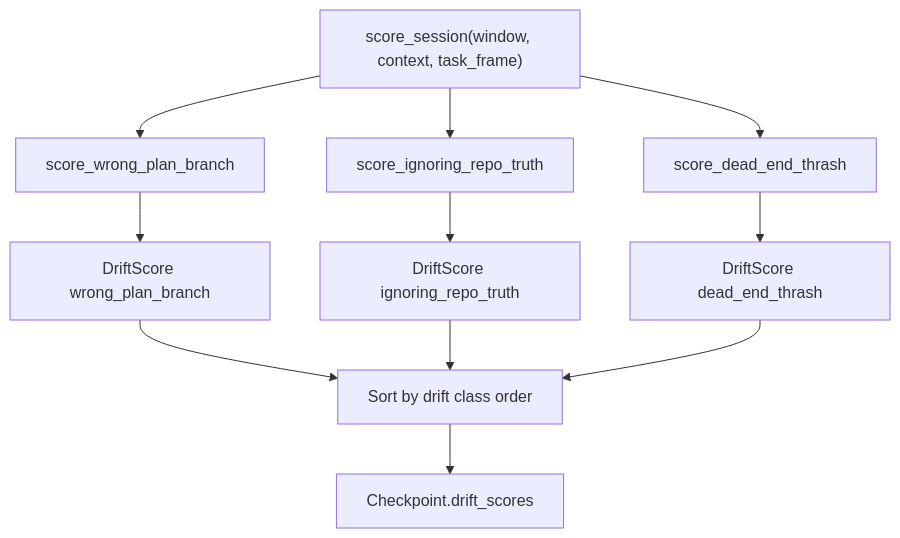
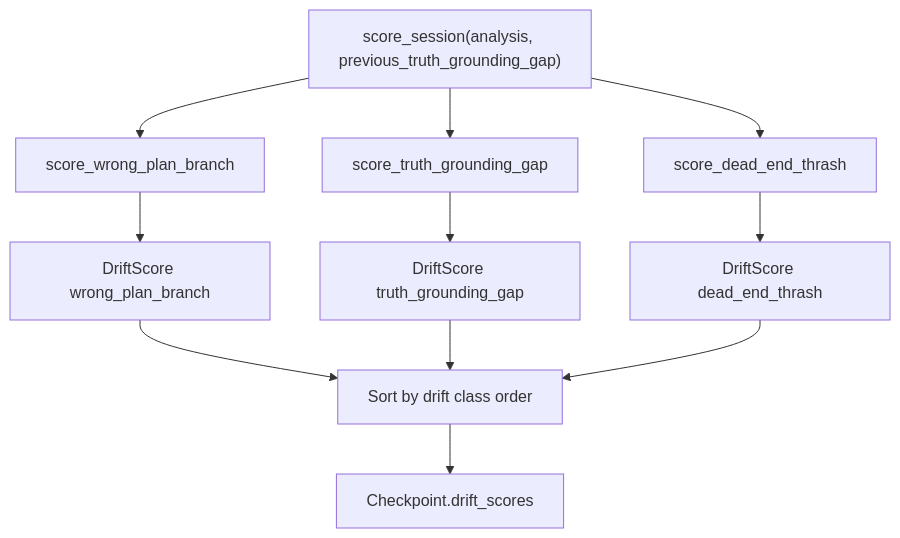
The eighth of 13 diagrams in docs/internals/agent-drift-analyzer-current-checkpoint-logic.md (atomize-hq/substrate), drawn with Mermaid before and after one commit. The commit also changed other lines of this file and 1 other file, not shown here.

````diff
--- a/docs/internals/agent-drift-analyzer-current-checkpoint-logic.md
+++ b/docs/internals/agent-drift-analyzer-current-checkpoint-logic.md
@@ -209,13 +204,13 @@
 ```mermaid
 flowchart TD
-    A["score_session(window, context, task_frame)"] --> B["score_wrong_plan_branch"]
-    A --> C["score_ignoring_repo_truth"]
+    A["score_session(analysis, previous_truth_grounding_gap)"] --> B["score_wrong_plan_branch"]
+    A --> C["score_truth_grounding_gap"]
     A --> D["score_dead_end_thrash"]
     B --> E["DriftScore wrong_plan_branch"]
-    C --> F["DriftScore ignoring_repo_truth"]
+    C --> F["DriftScore truth_grounding_gap"]
     D --> G["DriftScore dead_end_thrash"]
     E --> H["Sort by drift class order"]
     F --> H
     G --> H
     H --> I["Checkpoint.drift_scores"]
 ```
````
